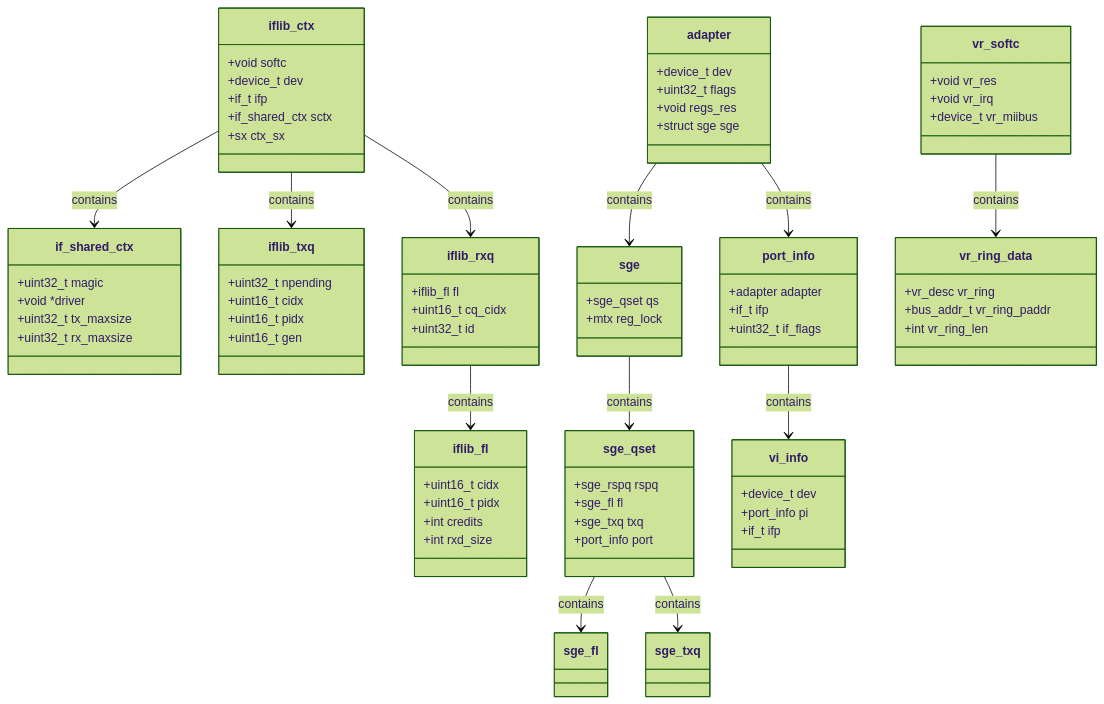
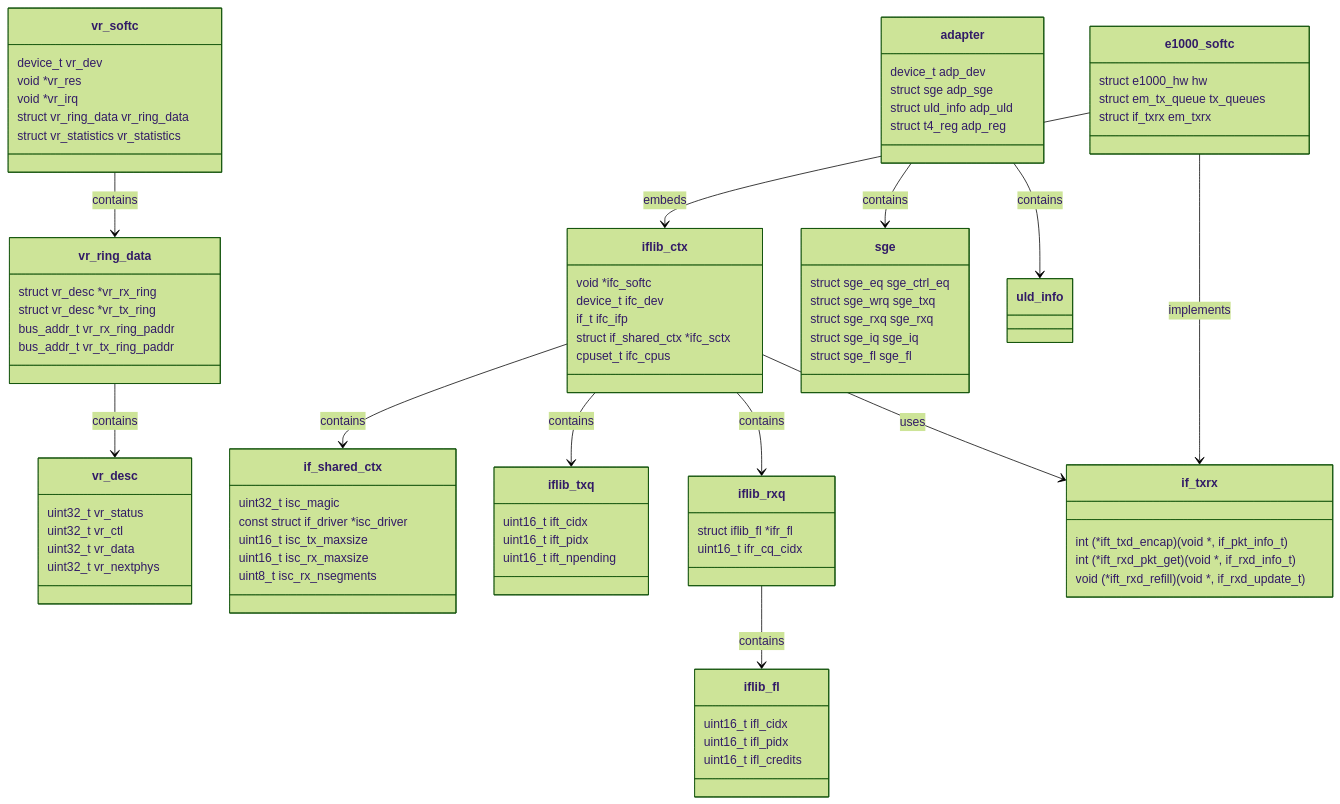
The diagram in sys/dev/README_nic_drivers.md (ocochard/freebsd-src), drawn with Mermaid (forest theme) before and after one commit. The commit also changed other lines of this file and 26 other files, not shown here.

````diff
--- a/sys/dev/README_nic_drivers.md
+++ b/sys/dev/README_nic_drivers.md
@@ -585,92 +514,84 @@
 ```mermaid
 classDiagram
+    class vr_softc {
+        device_t vr_dev
+        void *vr_res
+        void *vr_irq
+        struct vr_ring_data vr_ring_data
+        struct vr_statistics vr_statistics
+    }
+    class vr_ring_data {
+        struct vr_desc *vr_rx_ring
+        struct vr_desc *vr_tx_ring
+        bus_addr_t vr_rx_ring_paddr
+        bus_addr_t vr_tx_ring_paddr
+    }
+    class vr_desc {
+        uint32_t vr_status
+        uint32_t vr_ctl
+        uint32_t vr_data
+        uint32_t vr_nextphys
+    }
     class iflib_ctx {
-        +void softc
-        +device_t dev
-        +if_t ifp
-        +if_shared_ctx sctx
-        +sx ctx_sx
+        void *ifc_softc
+        device_t ifc_dev
+        if_t ifc_ifp
+        struct if_shared_ctx *ifc_sctx
+        cpuset_t ifc_cpus
     }
-
     class if_shared_ctx {
-        +uint32_t magic
-        +void *driver
-        +uint32_t tx_maxsize
-        +uint32_t rx_maxsize
+        uint32_t isc_magic
+        const struct if_driver *isc_driver
+        uint16_t isc_tx_maxsize
+        uint16_t isc_rx_maxsize
+        uint8_t isc_rx_nsegments
     }
-
     class iflib_txq {
-        +uint32_t npending
-        +uint16_t cidx
-        +uint16_t pidx
-        +uint16_t gen
+        uint16_t ift_cidx
+        uint16_t ift_pidx
+        uint16_t ift_npending
     }
-
     class iflib_rxq {
-        +iflib_fl fl
-        +uint16_t cq_cidx
-        +uint32_t id
+        struct iflib_fl *ifr_fl
+        uint16_t ifr_cq_cidx
     }
-
     class iflib_fl {
-        +uint16_t cidx
-        +uint16_t pidx
-        +int credits
-        +int rxd_size
+        uint16_t ifl_cidx
+        uint16_t ifl_pidx
+        uint16_t ifl_credits
     }
-
+    class if_txrx {
+        int (*ift_txd_encap)(void *, if_pkt_info_t)
+        int (*ift_rxd_pkt_get)(void *, if_rxd_info_t)
+        void (*ift_rxd_refill)(void *, if_rxd_update_t)
+    }
     class adapter {
-        +device_t dev
-        +uint32_t flags
-        +void regs_res
-        +struct sge sge
+        device_t adp_dev
+        struct sge adp_sge
+        struct uld_info adp_uld
+        struct t4_reg adp_reg
     }
-
     class sge {
-        +sge_qset qs
-        +mtx reg_lock
+        struct sge_eq sge_ctrl_eq
+        struct sge_wrq sge_txq
+        struct sge_rxq sge_rxq
+        struct sge_iq sge_iq
+        struct sge_fl sge_fl
     }
-
-    class sge_qset {
-        +sge_rspq rspq
-        +sge_fl fl
-        +sge_txq txq
-        +port_info port
+    class e1000_softc {
+        struct e1000_hw hw
+        struct em_tx_queue tx_queues
+        struct if_txrx em_txrx
     }
-
-    class port_info {
-        +adapter adapter
-        +if_t ifp
-        +uint32_t if_flags
-    }
-
-    class vi_info {
-        +device_t dev
-        +port_info pi
-        +if_t ifp
-    }
-
-    class vr_softc {
-        +void vr_res
-        +void vr_irq
-        +device_t vr_miibus
-    }
-
-    class vr_ring_data {
-        +vr_desc vr_ring
-        +bus_addr_t vr_ring_paddr
-        +int vr_ring_len
-    }
-
+    vr_softc --> vr_ring_data : contains
+    vr_ring_data --> vr_desc : contains
     iflib_ctx --> if_shared_ctx : contains
     iflib_ctx --> iflib_txq : contains
     iflib_ctx --> iflib_rxq : contains
     iflib_rxq --> iflib_fl : contains
+    iflib_ctx --> if_txrx : uses
     adapter --> sge : contains
-    adapter --> port_info : contains
-    sge --> sge_qset : contains
-    sge_qset --> sge_fl : contains
-    sge_qset --> sge_txq : contains
-    port_info --> vi_info : contains
-    vr_softc --> vr_ring_data : contains
+    adapter --> uld_info : contains
+    e1000_softc --> if_txrx : implements
+    e1000_softc --> iflib_ctx : embeds
 ```
````
